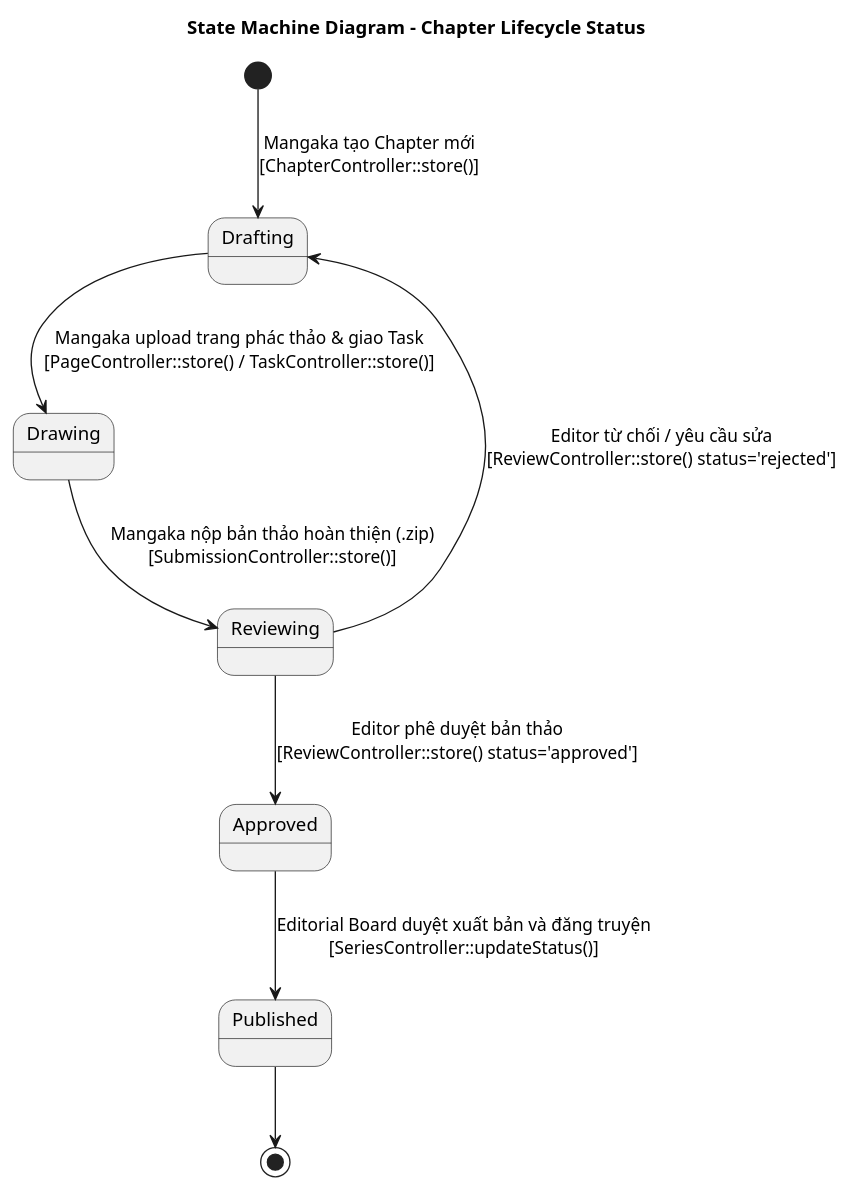
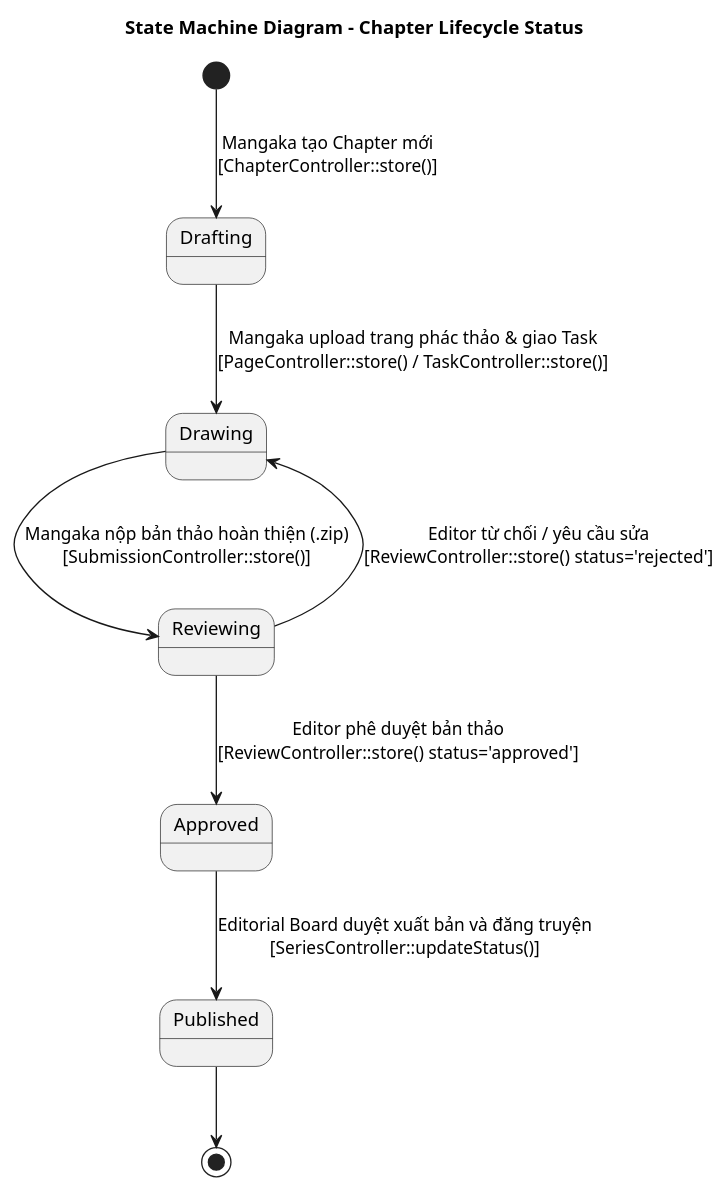
The diagram in UML/State_Machine_Chapter.puml (trongtan0079/Manga-publishing-management-system), drawn with PlantUML before and after one commit. The commit also changed 9 other files, not shown here.

Commit message:
docs(uml): Dong bo hoa toan bo cac bieu do UML va tai lieu dac ta thiet ke theo luong nghiep vu moi sach AI

```diff
--- a/UML/State_Machine_Chapter.puml
+++ b/UML/State_Machine_Chapter.puml
@@ -1,17 +1,17 @@
 @startuml
 title State Machine Diagram - Chapter Lifecycle Status
 
 [*] --> Drafting : Mangaka tạo Chapter mới\n[ChapterController::store()]
 
 Drafting --> Drawing : Mangaka upload trang phác thảo & giao Task\n[PageController::store() / TaskController::store()]
 
 Drawing --> Reviewing : Mangaka nộp bản thảo hoàn thiện (.zip)\n[SubmissionController::store()]
 
-Reviewing --> Drafting : Editor từ chối / yêu cầu sửa\n[ReviewController::store() status='rejected']
+Reviewing --> Drawing : Editor từ chối / yêu cầu sửa\n[ReviewController::store() status='rejected']
 
 Reviewing --> Approved : Editor phê duyệt bản thảo\n[ReviewController::store() status='approved']
 
 Approved --> Published : Editorial Board duyệt xuất bản và đăng truyện\n[SeriesController::updateStatus()]
 
 Published --> [*]
 @enduml
```
